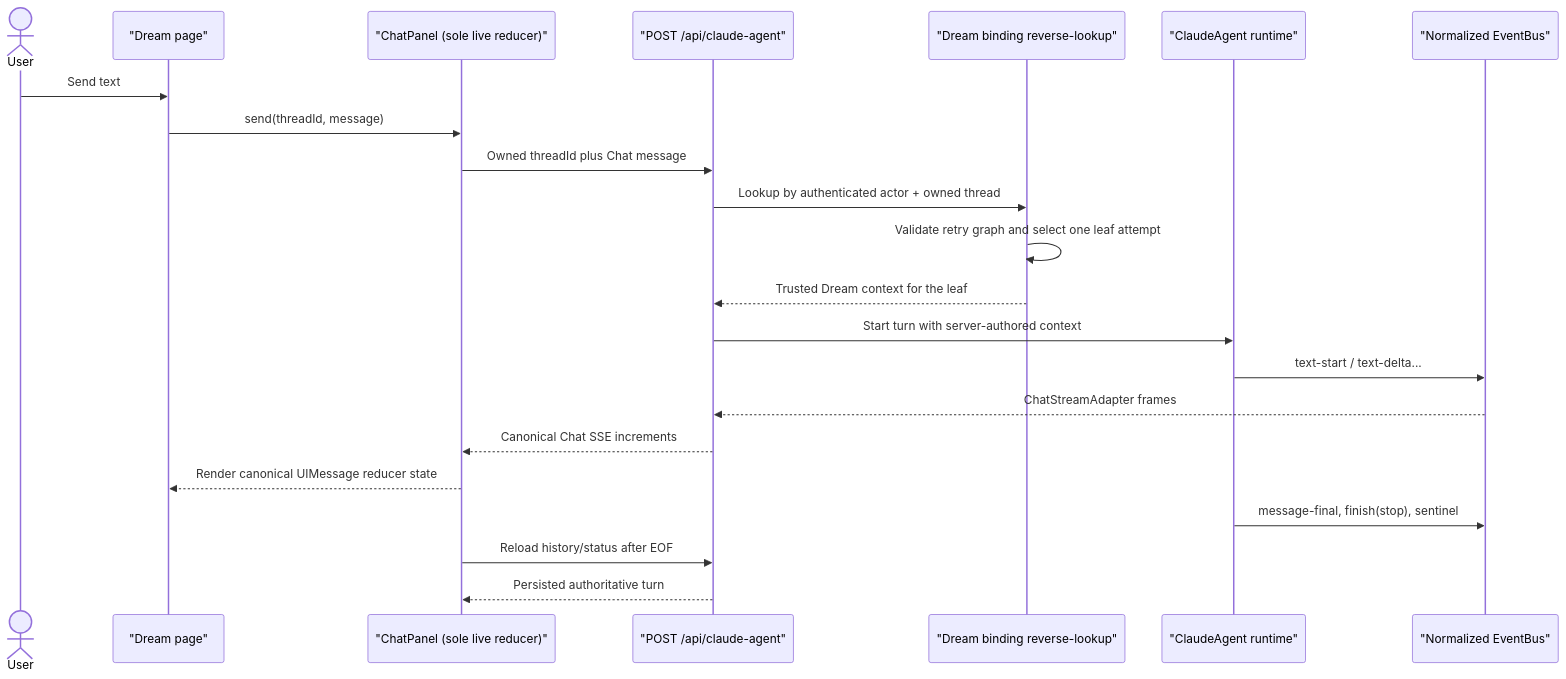
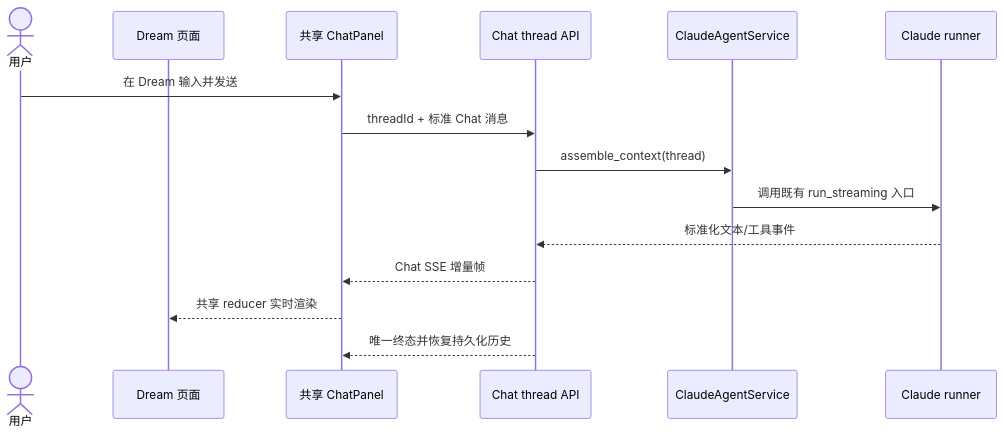
Before and after one commit to glide-the/im-dream: the first of 10 diagrams in docs/design/dream-agent/interaction-design.md, drawn with Mermaid. The commit also changed other lines of this file and 99 other files, not shown here.

````diff
--- a/docs/design/dream-agent/interaction-design.md
+++ b/docs/design/dream-agent/interaction-design.md
@@ -81,25 +26,17 @@
 ```mermaid
 sequenceDiagram
-    actor User
-    participant Dream as "Dream page"
-    participant Ctrl as "ChatPanel (sole live reducer)"
-    participant ChatAPI as "POST /api/claude-agent"
-    participant Resolver as "Dream binding reverse-lookup"
-    participant Runtime as "ClaudeAgent runtime"
-    participant Bus as "Normalized EventBus"
-
-    User->>Dream: Send text
-    Dream->>Ctrl: send(threadId, message)
-    Ctrl->>ChatAPI: Owned threadId plus Chat message
-    ChatAPI->>Resolver: Lookup by authenticated actor + owned thread
-    Resolver->>Resolver: Validate retry graph and select one leaf attempt
-    Resolver-->>ChatAPI: Trusted Dream context for the leaf
-    ChatAPI->>Runtime: Start turn with server-authored context
-    Runtime->>Bus: text-start / text-delta...
-    Bus-->>ChatAPI: ChatStreamAdapter frames
-    ChatAPI-->>Ctrl: Canonical Chat SSE increments
-    Ctrl-->>Dream: Render canonical UIMessage reducer state
-    Runtime->>Bus: message-final, finish(stop), sentinel
-    Ctrl->>ChatAPI: Reload history/status after EOF
-    ChatAPI-->>Ctrl: Persisted authoritative turn
+    actor U as 用户
+    participant D as Dream 页面
+    participant C as 共享 ChatPanel
+    participant API as Chat thread API
+    participant S as ClaudeAgentService
+    participant R as Claude runner
+    U->>C: 在 Dream 输入并发送
+    C->>API: threadId + 标准 Chat 消息
+    API->>S: assemble_context(thread)
+    S->>R: 调用既有 run_streaming 入口
+    R-->>API: 标准化文本/工具事件
+    API-->>C: Chat SSE 增量帧
+    C-->>D: 共享 reducer 实时渲染
+    API-->>C: 唯一终态并恢复持久化历史
 ```
````
